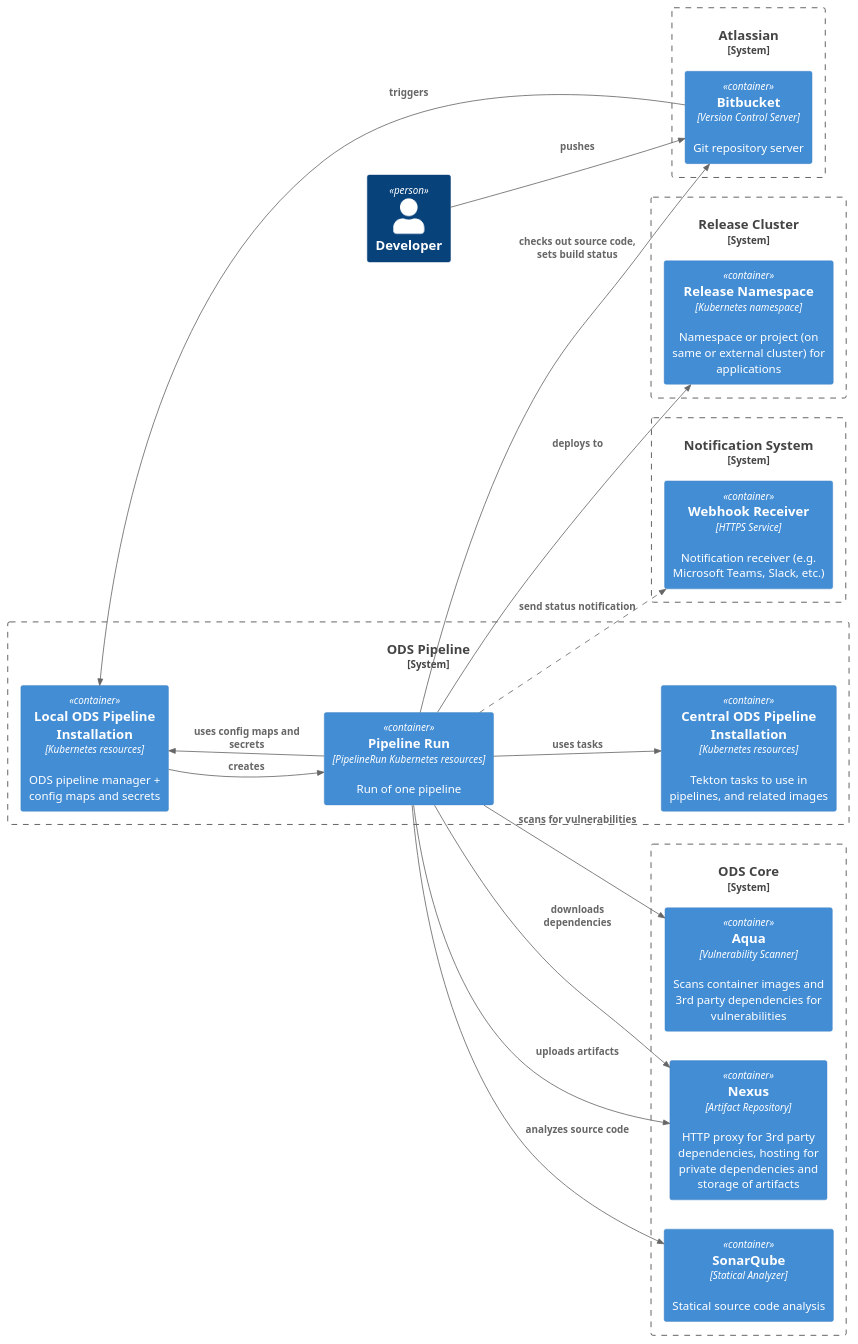
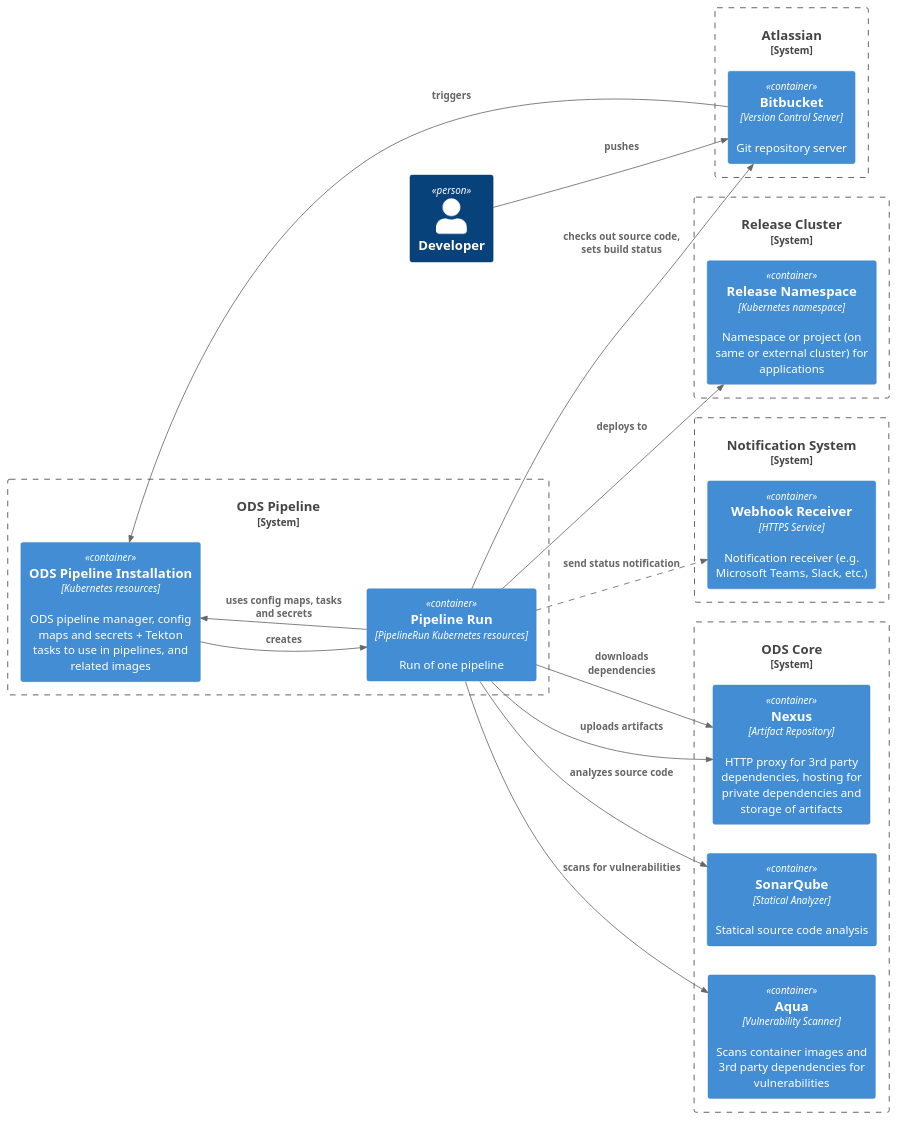
The diagram in docs/architecture/container-system.puml (opendevstack/ods-pipeline), drawn with PlantUML before and after one commit. The commit also changed 5 other files, not shown here.

Commit message:
Adjust architecture documentation incl. diagrams

```diff
--- a/docs/architecture/container-system.puml
+++ b/docs/architecture/container-system.puml
@@ -1,61 +1,58 @@
 @startuml "container-system"
 !include https://raw.githubusercontent.com/plantuml-stdlib/C4-PlantUML/master/C4_Container.puml
 ' uncomment the following line and comment the first to use locally
 ' !include C4_Container.puml
 
 LAYOUT_LEFT_RIGHT()
 
 AddRelTag("optional", $lineStyle = DashedLine())
 
 Person(developer, "Developer")
 
 System_Boundary(pipeline, "ODS Pipeline"){
 
-    Container(local_installation, "Local ODS Pipeline Installation", "Kubernetes resources", "ODS pipeline manager + config maps and secrets")
-
-    Container(central_installation, "Central ODS Pipeline Installation", "Kubernetes resources", "Tekton tasks to use in pipelines, and related images")
+    Container(installation, "ODS Pipeline Installation", "Kubernetes resources", "ODS pipeline manager, config maps and secrets + Tekton tasks to use in pipelines, and related images")
 
     Container(pipeline_run, "Pipeline Run", "PipelineRun Kubernetes resources", "Run of one pipeline")
 
 }
 
 System_Boundary(core, "ODS Core"){
 
     Container(nexus, "Nexus", "Artifact Repository", "HTTP proxy for 3rd party dependencies, hosting for private dependencies and storage of artifacts")
 
     Container(sonarqube, "SonarQube", "Statical Analyzer", "Statical source code analysis")
 
     Container(aqua, "Aqua", "Vulnerability Scanner", "Scans container images and 3rd party dependencies for vulnerabilities")
 
 }
 
 System_Boundary(atlassian, "Atlassian"){
 
     Container(bitbucket, "Bitbucket", "Version Control Server", "Git repository server")
 
 }
 
 System_Boundary(release_cluster, "Release Cluster"){
 
     Container(release_namespace, "Release Namespace", "Kubernetes namespace", "Namespace or project (on same or external cluster) for applications")
 
 }
 
 System_Boundary(webhook_receiver_system, "Notification System") {
     Container(webhook_receiver, "Webhook Receiver", "HTTPS Service", "Notification receiver (e.g. Microsoft Teams, Slack, etc.)")
 }
 
 Rel(pipeline_run, nexus, "downloads dependencies")
 Rel(pipeline_run, nexus, "uploads artifacts")
 Rel(pipeline_run, sonarqube, "analyzes source code")
 Rel(pipeline_run, aqua, "scans for vulnerabilities")
 Rel(pipeline_run, bitbucket, "checks out source code, sets build status")
-Rel(bitbucket, local_installation, "triggers")
-Rel(local_installation, pipeline_run, "creates")
-Rel(pipeline_run, local_installation, "uses config maps and secrets")
-Rel(pipeline_run, central_installation, "uses tasks")
+Rel(bitbucket, installation, "triggers")
+Rel(installation, pipeline_run, "creates")
+Rel(pipeline_run, installation, "uses config maps, tasks and secrets")
 Rel(pipeline_run, release_namespace, "deploys to")
 Rel(developer, bitbucket, "pushes")
 Rel(pipeline_run, webhook_receiver, "send status notification", $tags="optional")
 
 @enduml
```
